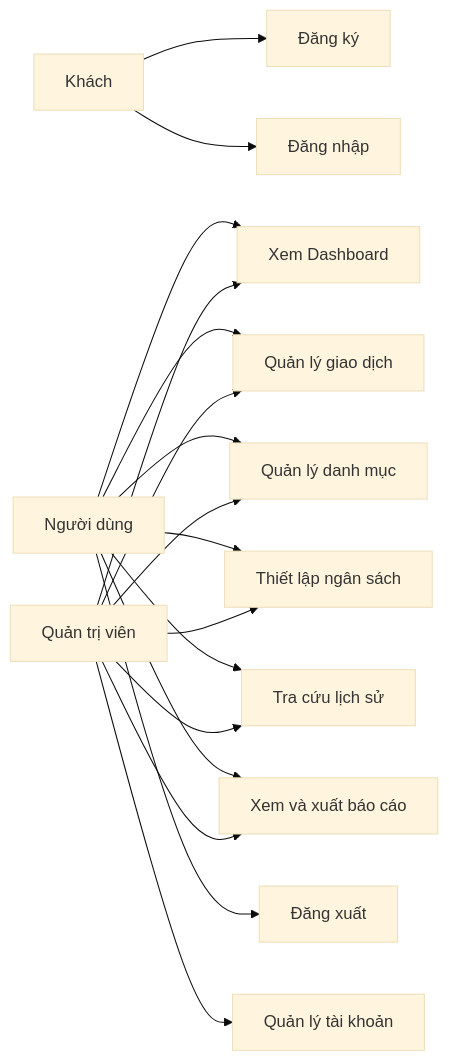
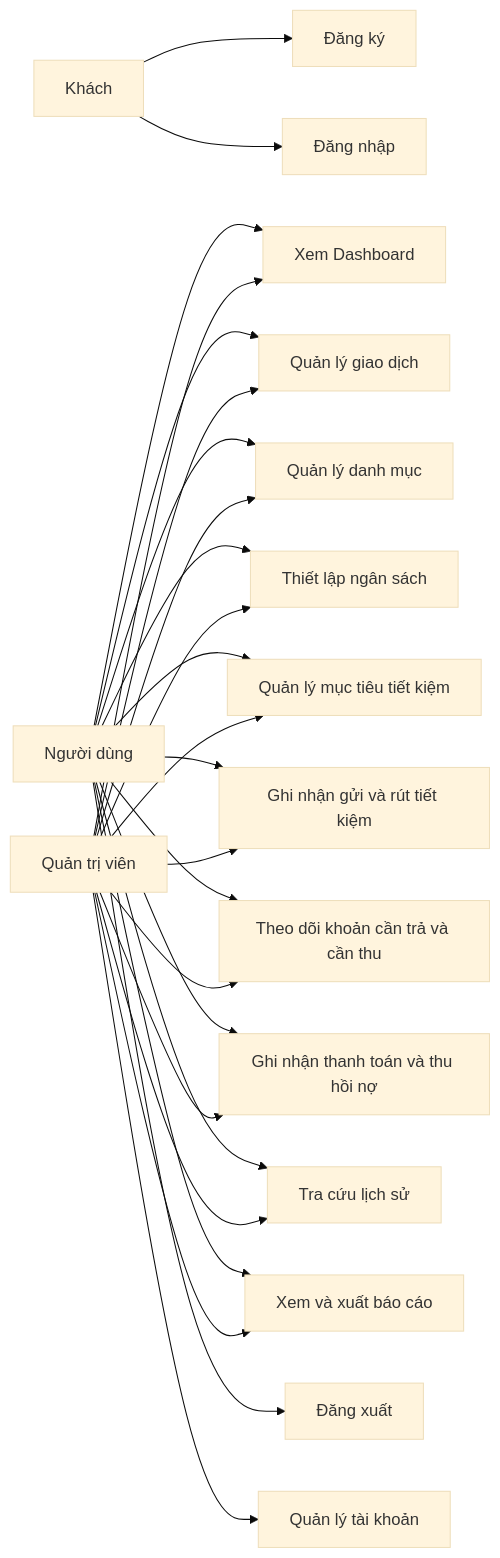
Before and after one commit to khanhlytranvn/laptrinhmaytinh: the diagram in database/USE_CASE.mmd, drawn with Mermaid (base theme). The commit also changed 8 other files, not shown here.

Commit message:
thêm tiết kiệm, nợ

```diff
--- a/database/USE_CASE.mmd
+++ b/database/USE_CASE.mmd
@@ -1,17 +1,25 @@
 flowchart LR
     Guest[Khách] --> Register[Đăng ký]
     Guest --> Login[Đăng nhập]
     User[Người dùng] --> Dashboard[Xem Dashboard]
     User --> Transaction[Quản lý giao dịch]
     User --> Category[Quản lý danh mục]
     User --> Budget[Thiết lập ngân sách]
+    User --> Savings[Quản lý mục tiêu tiết kiệm]
+    User --> SavingsHistory[Ghi nhận gửi và rút tiết kiệm]
+    User --> Debt[Theo dõi khoản cần trả và cần thu]
+    User --> DebtHistory[Ghi nhận thanh toán và thu hồi nợ]
     User --> History[Tra cứu lịch sử]
     User --> Report[Xem và xuất báo cáo]
     User --> Logout[Đăng xuất]
     Admin[Quản trị viên] --> Users[Quản lý tài khoản]
     Admin --> Dashboard
     Admin --> Transaction
     Admin --> Category
     Admin --> Budget
+    Admin --> Savings
+    Admin --> SavingsHistory
+    Admin --> Debt
+    Admin --> DebtHistory
     Admin --> History
     Admin --> Report
```
